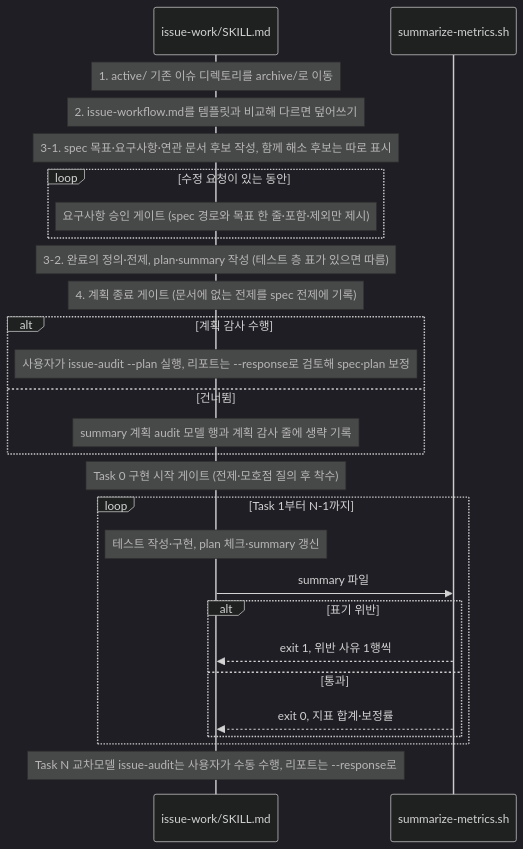
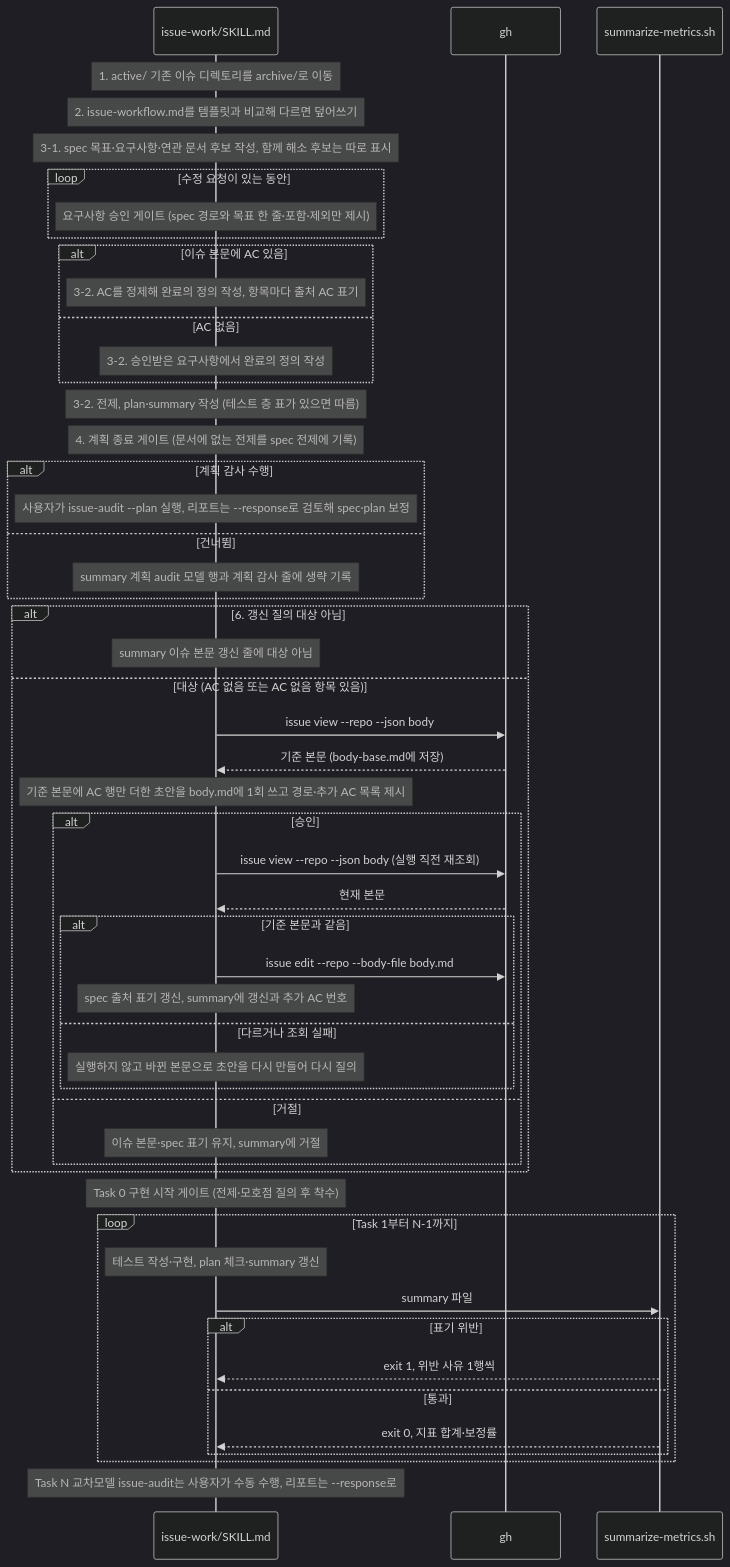
One commit to scroogy-dev/scroogy-agent-skills changed the diagram in .ai/60_codebase/issue-work/start-call-flow.md. Above: the diagram before and after it, drawn with Mermaid (dark theme). The commit also changed other lines of this file and 4 other files, not shown here.

````diff
--- a/.ai/60_codebase/issue-work/start-call-flow.md
+++ b/.ai/60_codebase/issue-work/start-call-flow.md
@@ -34,30 +43,55 @@
 ```mermaid
 sequenceDiagram
     participant SK as issue-work/SKILL.md
+    participant GH as gh
     participant SM as summarize-metrics.sh
 
     Note over SK: 1. active/ 기존 이슈 디렉토리를 archive/로 이동
     Note over SK: 2. issue-workflow.md를 템플릿과 비교해 다르면 덮어쓰기
     Note over SK: 3-1. spec 목표·요구사항·연관 문서 후보 작성, 함께 해소 후보는 따로 표시
     loop 수정 요청이 있는 동안
         Note over SK: 요구사항 승인 게이트 (spec 경로와 목표 한 줄·포함·제외만 제시)
     end
-    Note over SK: 3-2. 완료의 정의·전제, plan·summary 작성 (테스트 층 표가 있으면 따름)
+    alt 이슈 본문에 AC 있음
+        Note over SK: 3-2. AC를 정제해 완료의 정의 작성, 항목마다 출처 AC 표기
+    else AC 없음
+        Note over SK: 3-2. 승인받은 요구사항에서 완료의 정의 작성
+    end
+    Note over SK: 3-2. 전제, plan·summary 작성 (테스트 층 표가 있으면 따름)
     Note over SK: 4. 계획 종료 게이트 (문서에 없는 전제를 spec 전제에 기록)
     alt 계획 감사 수행
         Note over SK: 사용자가 issue-audit --plan 실행, 리포트는 --response로 검토해 spec·plan 보정
     else 건너뜀
         Note over SK: summary 계획 audit 모델 행과 계획 감사 줄에 생략 기록
+    end
+    alt 6. 갱신 질의 대상 아님
+        Note over SK: summary 이슈 본문 갱신 줄에 대상 아님
+    else 대상 (AC 없음 또는 AC 없음 항목 있음)
+        SK->>GH: issue view --repo --json body
+        GH-->>SK: 기준 본문 (body-base.md에 저장)
+        Note over SK: 기준 본문에 AC 행만 더한 초안을 body.md에 1회 쓰고 경로·추가 AC 목록 제시
+        alt 승인
+            SK->>GH: issue view --repo --json body (실행 직전 재조회)
+            GH-->>SK: 현재 본문
+            alt 기준 본문과 같음
+                SK->>GH: issue edit --repo --body-file body.md
+                Note over SK: spec 출처 표기 갱신, summary에 갱신과 추가 AC 번호
+            else 다르거나 조회 실패
+                Note over SK: 실행하지 않고 바뀐 본문으로 초안을 다시 만들어 다시 질의
+            end
+        else 거절
+            Note over SK: 이슈 본문·spec 표기 유지, summary에 거절
+        end
     end
     Note over SK: Task 0 구현 시작 게이트 (전제·모호점 질의 후 착수)
     loop Task 1부터 N-1까지
         Note over SK: 테스트 작성·구현, plan 체크·summary 갱신
         SK->>SM: summary 파일
         alt 표기 위반
             SM-->>SK: exit 1, 위반 사유 1행씩
         else 통과
             SM-->>SK: exit 0, 지표 합계·보정률
         end
     end
     Note over SK: Task N 교차모델 issue-audit는 사용자가 수동 수행, 리포트는 --response로
 ```
````
